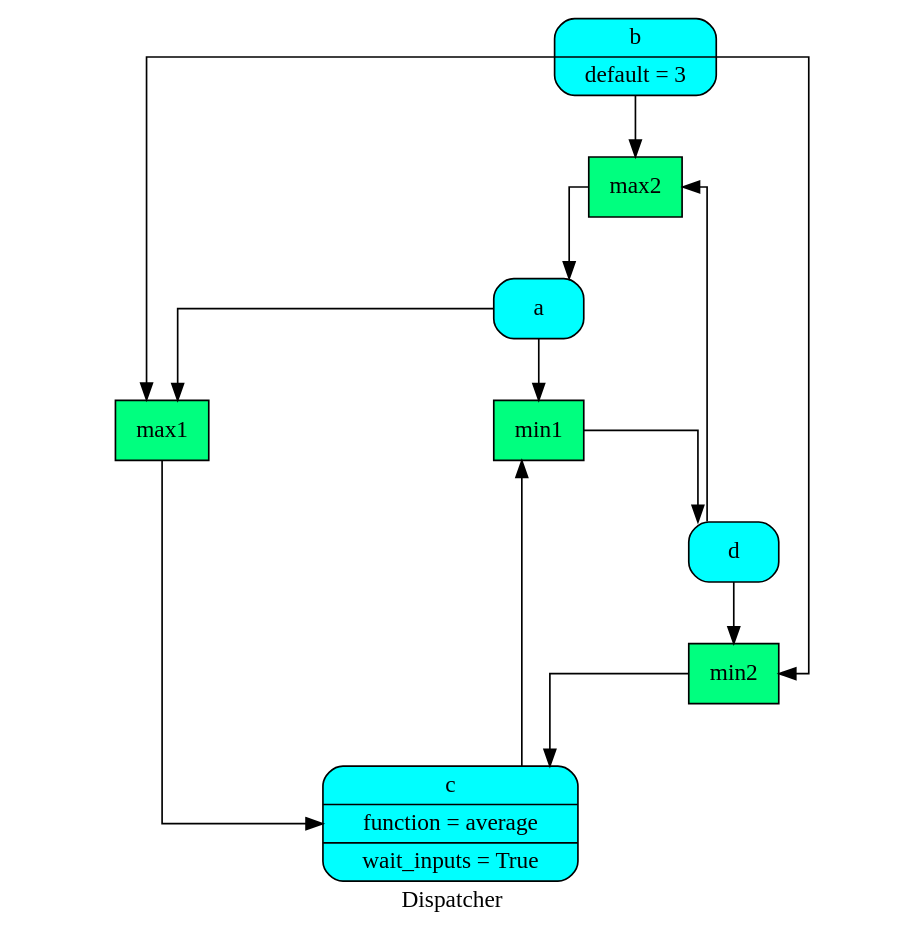
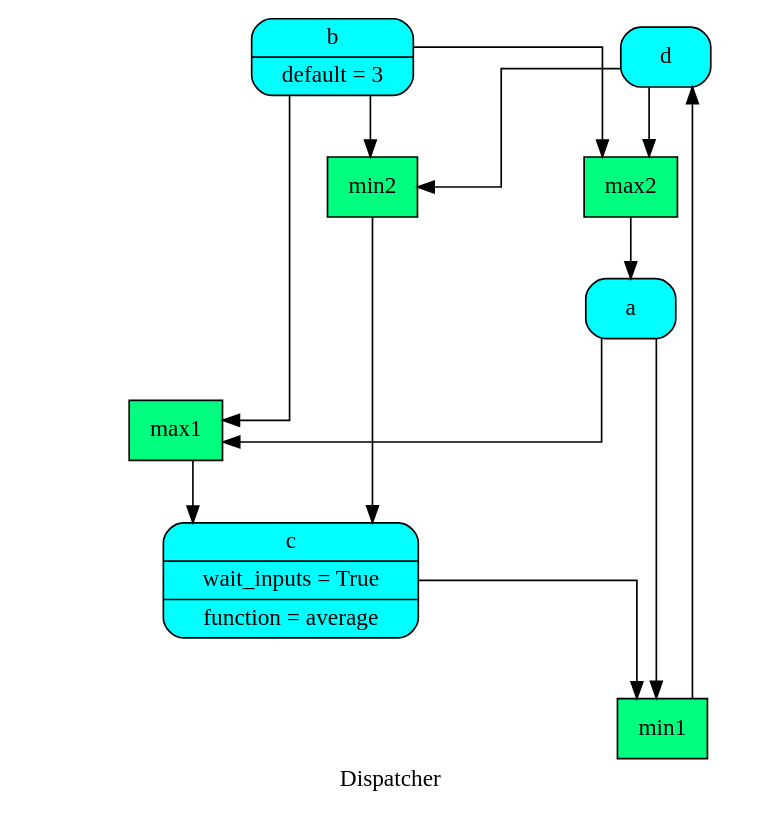
Before and after one commit to vinci1it2000/schedula: the diagram in doc/source/dispatcher/__init__/remove_cycles/dsp.dot, drawn with Graphviz. The commit also changed 26 other files, not shown here.

```diff
--- a/doc/source/dispatcher/__init__/remove_cycles/dsp.dot
+++ b/doc/source/dispatcher/__init__/remove_cycles/dsp.dot
@@ -1,26 +1,26 @@
 digraph Dispatcher {
 	graph [ratio=1]
 	node [style=filled]
+	label = "Dispatcher"
 	splines = ortho
-	label = "Dispatcher"
-		"Dispatcher_-427784935824896063" [label="{ b | default = 3 }" fillcolor=cyan shape=Mrecord]
-		Dispatcher_5921309167029267979 [label="{ max2  }" fillcolor=springgreen shape=record]
-		Dispatcher_5626300579074633926 [label="{ c | function = average | wait_inputs = True }" fillcolor=cyan shape=Mrecord]
-		Dispatcher_2843993974906406982 [label="{ min1  }" fillcolor=springgreen shape=record]
-		Dispatcher_6219786496490120801 [label="{ max1  }" fillcolor=springgreen shape=record]
-		"Dispatcher_-3574468403947108869" [label="{ a  }" fillcolor=cyan shape=Mrecord]
-		Dispatcher_3039168859635525717 [label="{ min2  }" fillcolor=springgreen shape=record]
-		"Dispatcher_-6866225254170713515" [label="{ d  }" fillcolor=cyan shape=Mrecord]
-			"Dispatcher_-427784935824896063" -> Dispatcher_6219786496490120801
-			"Dispatcher_-427784935824896063" -> Dispatcher_5921309167029267979
-			"Dispatcher_-427784935824896063" -> Dispatcher_3039168859635525717
-			Dispatcher_5921309167029267979 -> "Dispatcher_-3574468403947108869"
-			Dispatcher_5626300579074633926 -> Dispatcher_2843993974906406982
-			Dispatcher_2843993974906406982 -> "Dispatcher_-6866225254170713515"
-			Dispatcher_6219786496490120801 -> Dispatcher_5626300579074633926
-			"Dispatcher_-3574468403947108869" -> Dispatcher_6219786496490120801
-			"Dispatcher_-3574468403947108869" -> Dispatcher_2843993974906406982
-			Dispatcher_3039168859635525717 -> Dispatcher_5626300579074633926
-			"Dispatcher_-6866225254170713515" -> Dispatcher_5921309167029267979
-			"Dispatcher_-6866225254170713515" -> Dispatcher_3039168859635525717
+		Dispatcher_4028652557604299651 [label="{ d  }" fillcolor=cyan shape=Mrecord]
+		Dispatcher_7232732894220705908 [label="{ min2  }" fillcolor=springgreen shape=record]
+		Dispatcher_7551781298704745221 [label="{ max1  }" fillcolor=springgreen shape=record]
+		"Dispatcher_-1739731674132073175" [label="{ c | wait_inputs = True | function = average }" fillcolor=cyan shape=Mrecord]
+		"Dispatcher_-8503278920192876870" [label="{ a  }" fillcolor=cyan shape=Mrecord]
+		"Dispatcher_-3117625956851900853" [label="{ b | default = 3 }" fillcolor=cyan shape=Mrecord]
+		"Dispatcher_-8245729705987209988" [label="{ max2  }" fillcolor=springgreen shape=record]
+		"Dispatcher_-1514320842235185810" [label="{ min1  }" fillcolor=springgreen shape=record]
+			Dispatcher_4028652557604299651 -> "Dispatcher_-8245729705987209988"
+			Dispatcher_4028652557604299651 -> Dispatcher_7232732894220705908
+			Dispatcher_7232732894220705908 -> "Dispatcher_-1739731674132073175"
+			Dispatcher_7551781298704745221 -> "Dispatcher_-1739731674132073175"
+			"Dispatcher_-1739731674132073175" -> "Dispatcher_-1514320842235185810"
+			"Dispatcher_-8503278920192876870" -> Dispatcher_7551781298704745221
+			"Dispatcher_-8503278920192876870" -> "Dispatcher_-1514320842235185810"
+			"Dispatcher_-3117625956851900853" -> "Dispatcher_-8245729705987209988"
+			"Dispatcher_-3117625956851900853" -> Dispatcher_7232732894220705908
+			"Dispatcher_-3117625956851900853" -> Dispatcher_7551781298704745221
+			"Dispatcher_-8245729705987209988" -> "Dispatcher_-8503278920192876870"
+			"Dispatcher_-1514320842235185810" -> Dispatcher_4028652557604299651
 }
```
